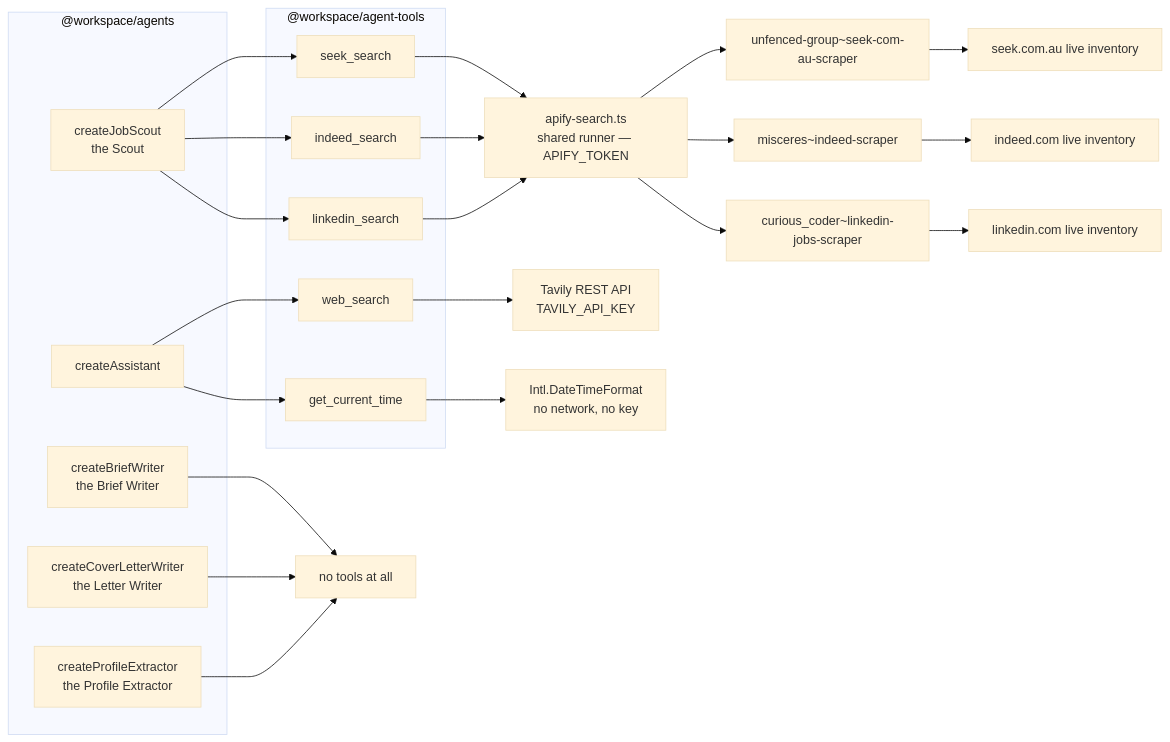
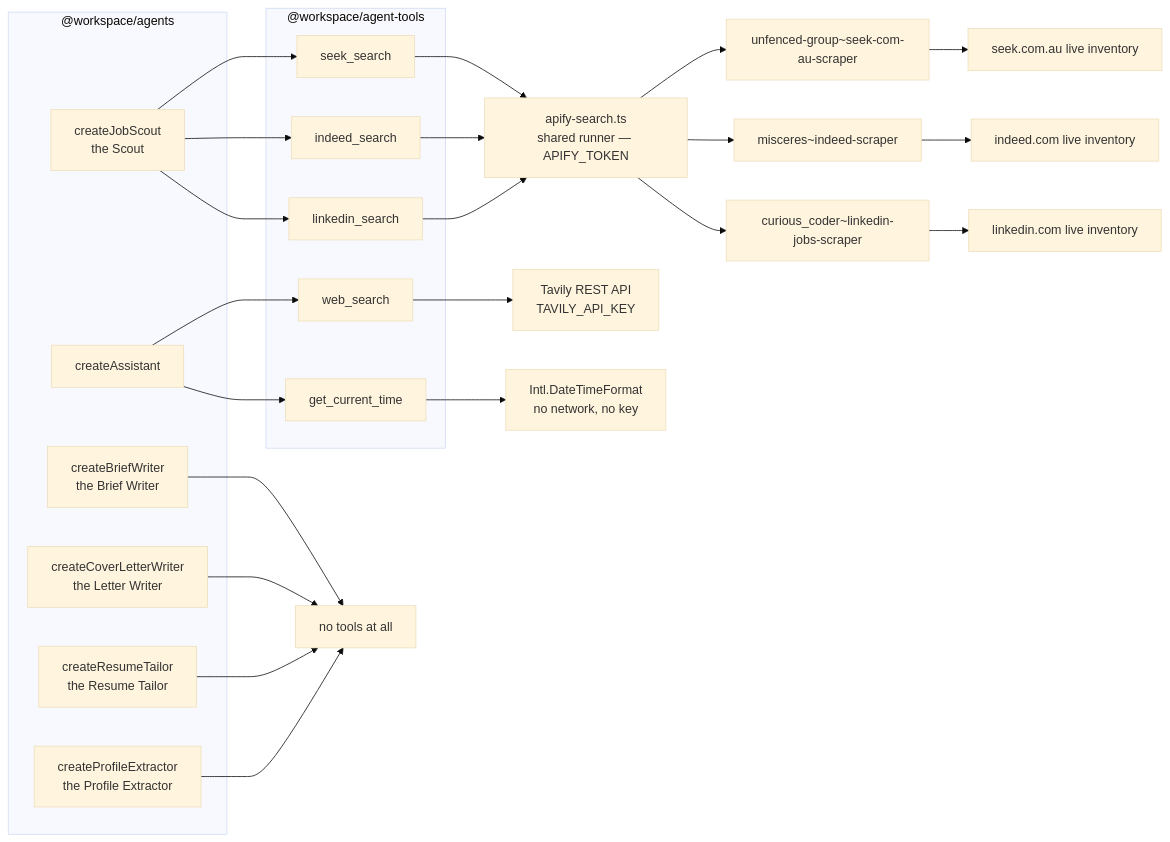
One commit to sunnyeyles/control-panel changed the third of 5 diagrams in docs/agent-architecture.md. Above: the diagram before and after it, drawn with Mermaid (base theme). The commit also changed other lines of this file and 46 other files, not shown here.

First line of the commit message:
Tailor the candidate's resume to one posting

````diff
--- a/docs/agent-architecture.md
+++ b/docs/agent-architecture.md
@@ -116,41 +116,43 @@
 ```mermaid
 flowchart LR
     subgraph named ["@workspace/agents"]
         SCOUT["createJobScout<br/>the Scout"]
         BW["createBriefWriter<br/>the Brief Writer"]
         CLW["createCoverLetterWriter<br/>the Letter Writer"]
+        RT["createResumeTailor<br/>the Resume Tailor"]
         PE["createProfileExtractor<br/>the Profile Extractor"]
         ASST["createAssistant"]
     end
 
     subgraph catalog ["@workspace/agent-tools"]
         SEEK["seek_search"]
         IND["indeed_search"]
         LI["linkedin_search"]
         WEB["web_search"]
         TIME["get_current_time"]
     end
 
     NONE["no tools at all"]
 
     SCOUT --> SEEK
     SCOUT --> IND
     SCOUT --> LI
     ASST --> WEB
     ASST --> TIME
     BW --> NONE
     CLW --> NONE
+    RT --> NONE
     PE --> NONE
 
     SEEK --> RUN["apify-search.ts<br/>shared runner — APIFY_TOKEN"]
     IND --> RUN
     LI --> RUN
     RUN --> A1["unfenced-group~seek-com-au-scraper"]
     RUN --> A2["misceres~indeed-scraper"]
     RUN --> A3["curious_coder~linkedin-jobs-scraper"]
     A1 --> L1["seek.com.au live inventory"]
     A2 --> L2["indeed.com live inventory"]
     A3 --> L3["linkedin.com live inventory"]
     WEB --> TAV["Tavily REST API<br/>TAVILY_API_KEY"]
     TIME --> INTL["Intl.DateTimeFormat<br/>no network, no key"]
 ```
````
